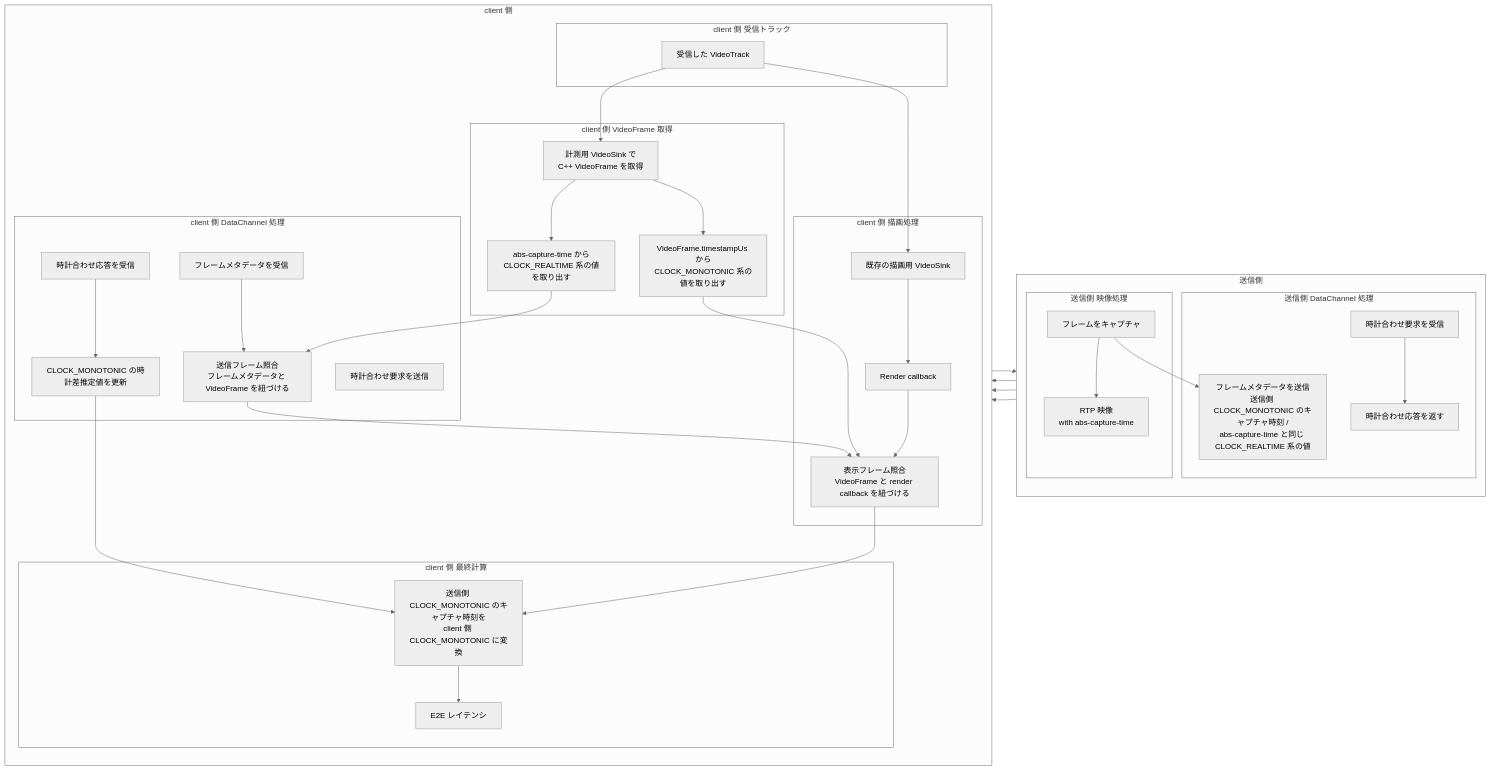
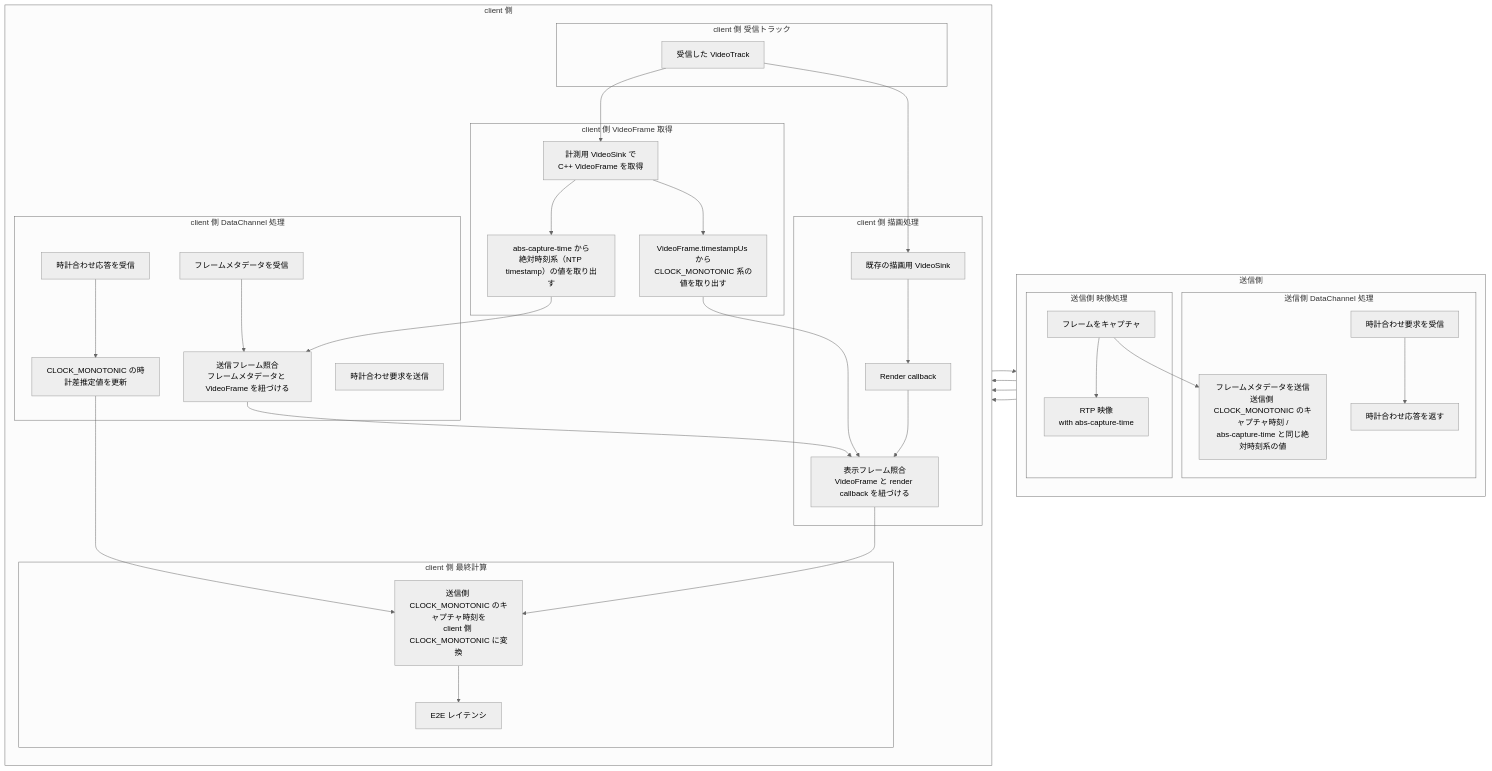
One commit to ryoha000/remoterg changed the diagram in WEBRTC_E2E_LATENCY_MEASUREMENT_ARCHITECTURE.md. Above: the diagram before and after it, drawn with Mermaid (neutral theme). The commit also changed other lines of this file, not shown here.

````diff
--- a/WEBRTC_E2E_LATENCY_MEASUREMENT_ARCHITECTURE.md
+++ b/WEBRTC_E2E_LATENCY_MEASUREMENT_ARCHITECTURE.md
@@ -46,72 +46,72 @@
 ```mermaid
 flowchart LR
     subgraph Sender["送信側"]
         direction TB
 
         subgraph SenderDC["送信側 DataChannel 処理"]
             SDC1[時計合わせ要求を受信]
             SDC2[時計合わせ応答を返す]
-            SDC3[フレームメタデータを送信<br/>送信側 CLOCK_MONOTONIC のキャプチャ時刻 /<br/>abs-capture-time と同じ CLOCK_REALTIME 系の値]
+            SDC3[フレームメタデータを送信<br/>送信側 CLOCK_MONOTONIC のキャプチャ時刻 /<br/>abs-capture-time と同じ絶対時刻系の値]
         end
 
         subgraph SenderVideo["送信側 映像処理"]
             SV1[フレームをキャプチャ]
             SV2[RTP 映像<br/>with abs-capture-time]
         end
     end
 
     subgraph Client["client 側"]
         direction TB
 
         subgraph ClientDC["client 側 DataChannel 処理"]
             CDC1[時計合わせ要求を送信]
             CDC2[時計合わせ応答を受信]
             CDC3[CLOCK_MONOTONIC の時計差推定値を更新]
             CDC4[フレームメタデータを受信]
             CDC5[送信フレーム照合<br/>フレームメタデータと VideoFrame を紐づける]
         end
 
         subgraph ClientTrack["client 側 受信トラック"]
             CT1[受信した VideoTrack]
         end
 
         subgraph ClientVideo["client 側 VideoFrame 取得"]
             CV1[計測用 VideoSink で<br/>C++ VideoFrame を取得]
-            CV2[abs-capture-time から<br/>CLOCK_REALTIME 系の値を取り出す]
+            CV2[abs-capture-time から<br/>絶対時刻系（NTP timestamp）の値を取り出す]
             CV3[VideoFrame.timestampUs から<br/>CLOCK_MONOTONIC 系の値を取り出す]
         end
 
         subgraph ClientRender["client 側 描画処理"]
             CR0[既存の描画用 VideoSink]
             CR1[Render callback]
             CR2[表示フレーム照合<br/>VideoFrame と render callback を紐づける]
         end
 
         subgraph ClientCalc["client 側 最終計算"]
             CC1[送信側 CLOCK_MONOTONIC のキャプチャ時刻を<br/>client 側 CLOCK_MONOTONIC に変換]
             CC2[E2E レイテンシ]
         end
     end
 
     SV1 --> SDC3
     SV1 --> SV2
     CDC1 --> SDC1
     SDC1 --> SDC2
     SDC2 --> CDC2
     CDC2 --> CDC3
     SDC3 --> CDC4
     CDC4 --> CDC5
     SV2 --> CT1
     CT1 --> CV1
     CT1 --> CR0
     CV1 --> CV2
     CV1 --> CV3
     CV2 --> CDC5
     CR0 --> CR1
     CDC5 --> CR2
     CV3 --> CR2
     CR1 --> CR2
     CDC3 --> CC1
     CR2 --> CC1
     CC1 --> CC2
 ```
````
